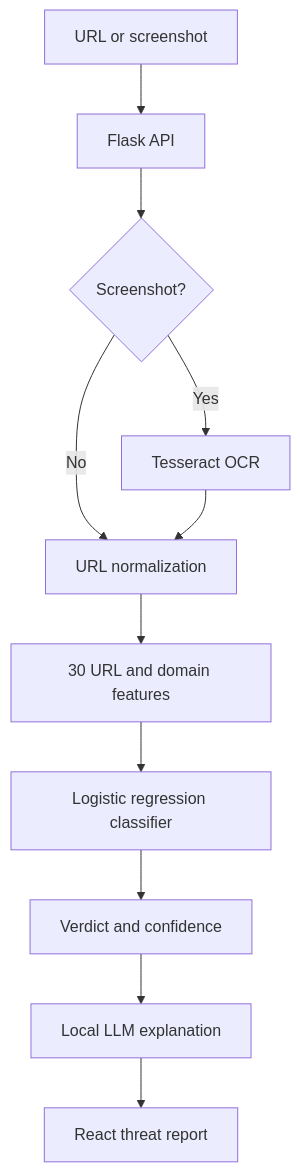
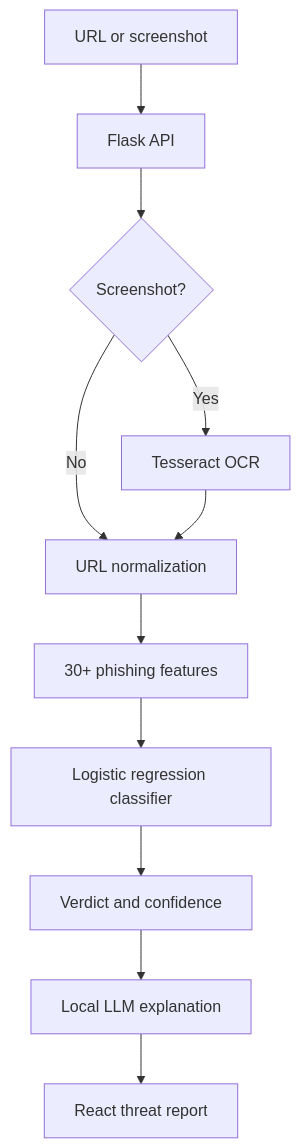
One commit to shreyakembhavi/SafeClick---Hackathon-Project changed the diagram in README.md. Above: the diagram before and after it, drawn with Mermaid. The commit also changed other lines of this file, not shown here.

Commit message:
docs: distinguish prototype features from production signals

````diff
--- a/README.md
+++ b/README.md
@@ -31,13 +31,13 @@
 ```mermaid
 flowchart TD
     A["URL or screenshot"] --> B["Flask API"]
     B --> C{"Screenshot?"}
     C -- Yes --> D["Tesseract OCR"]
     C -- No --> E["URL normalization"]
     D --> E
-    E --> F["30 URL and domain features"]
+    E --> F["30+ phishing features"]
     F --> G["Logistic regression classifier"]
     G --> H["Verdict and confidence"]
     H --> I["Local LLM explanation"]
     I --> J["React threat report"]
 ```
````
